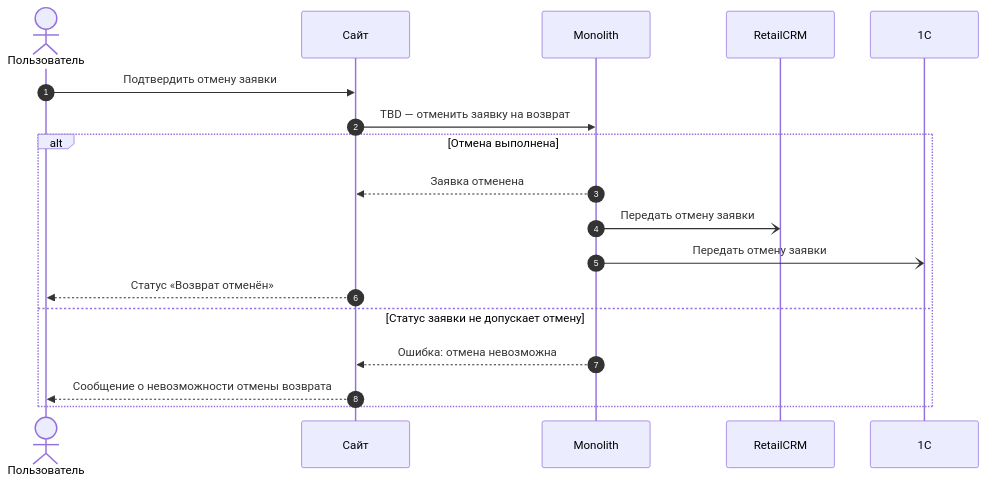
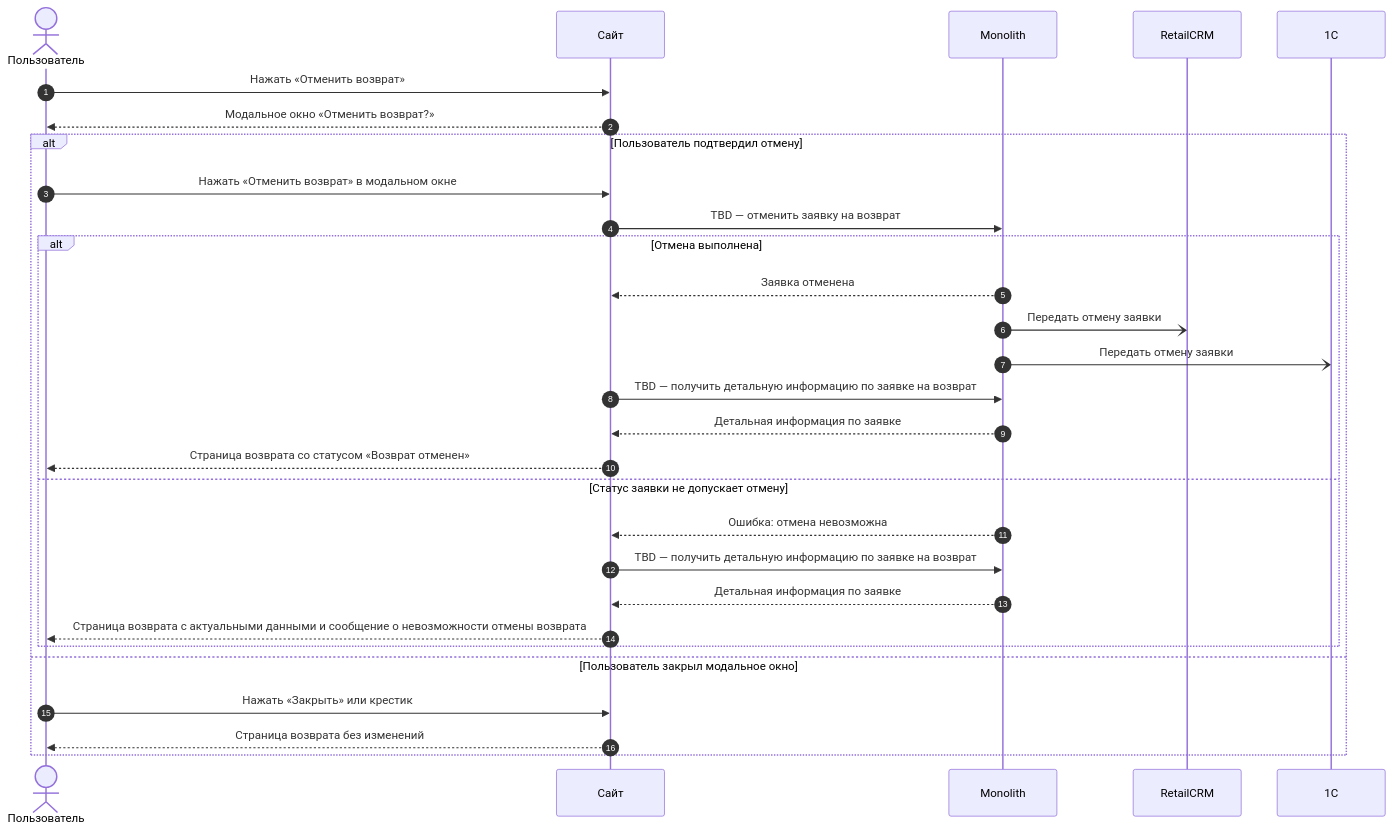
Before and after one commit to Terinss155/opencode-agents-analysis: diagram 25 of 26 in projects/returns-2.0/requirements/srs/srs-web-mvp.md, drawn with Mermaid. The commit also changed other lines of this file and 33 other files, not shown here.

````diff
--- a/projects/returns-2.0/requirements/srs/srs-web-mvp.md
+++ b/projects/returns-2.0/requirements/srs/srs-web-mvp.md
@@ -1503,21 +1495,32 @@
 ```mermaid
 sequenceDiagram
     autonumber
     actor U as Пользователь
     participant WEB as Сайт
     participant MON as Monolith
     participant RCRM as RetailCRM
     participant ONEC as 1C
 
-    U->>WEB: Подтвердить отмену заявки
-    WEB->>MON: TBD — отменить заявку на возврат
-    alt Отмена выполнена
-        MON-->>WEB: Заявка отменена
-        MON-)RCRM: Передать отмену заявки
-        MON-)ONEC: Передать отмену заявки
-        WEB-->>U: Статус «Возврат отменён»
-    else Статус заявки не допускает отмену
-        MON-->>WEB: Ошибка: отмена невозможна
-        WEB-->>U: Сообщение о невозможности отмены возврата
+    U->>WEB: Нажать «Отменить возврат»
+    WEB-->>U: Модальное окно «Отменить возврат?»
+    alt Пользователь подтвердил отмену
+        U->>WEB: Нажать «Отменить возврат» в модальном окне
+        WEB->>MON: TBD — отменить заявку на возврат
+        alt Отмена выполнена
+            MON-->>WEB: Заявка отменена
+            MON-)RCRM: Передать отмену заявки
+            MON-)ONEC: Передать отмену заявки
+            WEB->>MON: TBD — получить детальную информацию по заявке на возврат
+            MON-->>WEB: Детальная информация по заявке
+            WEB-->>U: Страница возврата со статусом «Возврат отменен»
+        else Статус заявки не допускает отмену
+            MON-->>WEB: Ошибка: отмена невозможна
+            WEB->>MON: TBD — получить детальную информацию по заявке на возврат
+            MON-->>WEB: Детальная информация по заявке
+            WEB-->>U: Страница возврата с актуальными данными и сообщение о невозможности отмены возврата
+        end
+    else Пользователь закрыл модальное окно
+        U->>WEB: Нажать «Закрыть» или крестик
+        WEB-->>U: Страница возврата без изменений
     end
 ```
````
